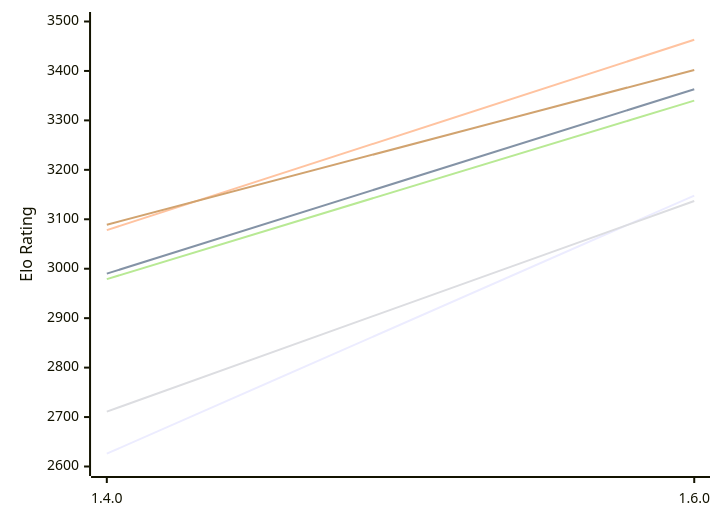
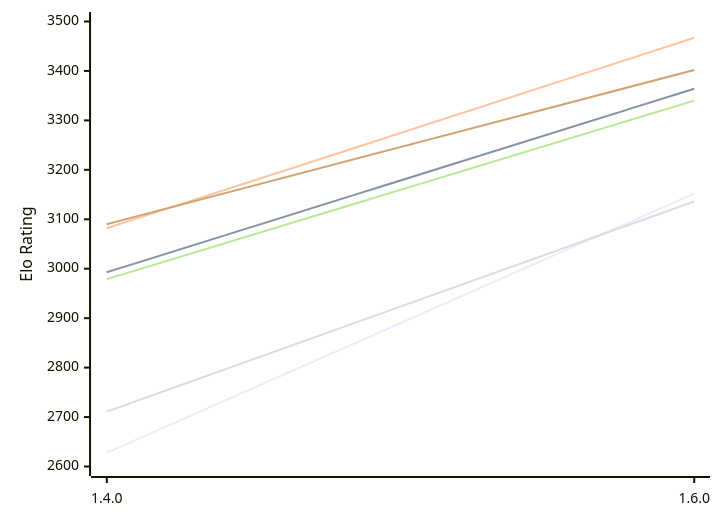
The first of 2 diagrams in engines/Gyatso.md (computer-chess-index/cci), drawn with Mermaid before and after one commit. The commit also changed other lines of this file, not shown here.

Commit message:
Update CCI Ratings (ELO VLTC) - 2026-11-22

````diff
--- a/engines/Gyatso.md
+++ b/engines/Gyatso.md
@@ -53,12 +53,12 @@
 ```mermaid
 %%{init: {"theme":"base","themeVariables":{"seriesColors:['#a3a3a3','#222221','#faa371']}}}%%
 xychart-beta
   x-axis ["1.4.0", "1.6.0"]
   y-axis "Elo Rating" 2600 --> 3500
-  line "E1: STC (8.0+0.08s)" [2626, 3148]
-  line "E1: LTC (60.0+0.60s)" [2990, 3363]
-  line "E1: VLTC (2m24s+1.12s)" [3078, 3463]
-  line "P1: STC (8.0+0.08s)" [2711, 3137]
+  line "E1: STC (8.0+0.08s)" [2628, 3152]
+  line "E1: LTC (60.0+0.60s)" [2993, 3364]
+  line "E1: VLTC (2m24s+1.12s)" [3082, 3467]
+  line "P1: STC (8.0+0.08s)" [2711, 3136]
   line "P1: LTC (60.0+0.60s)" [2979, 3340]
-  line "P1: VLTC (2m24s+1.12s)" [3089, 3402]
+  line "P1: VLTC (2m24s+1.12s)" [3090, 3402]
 ```
````
